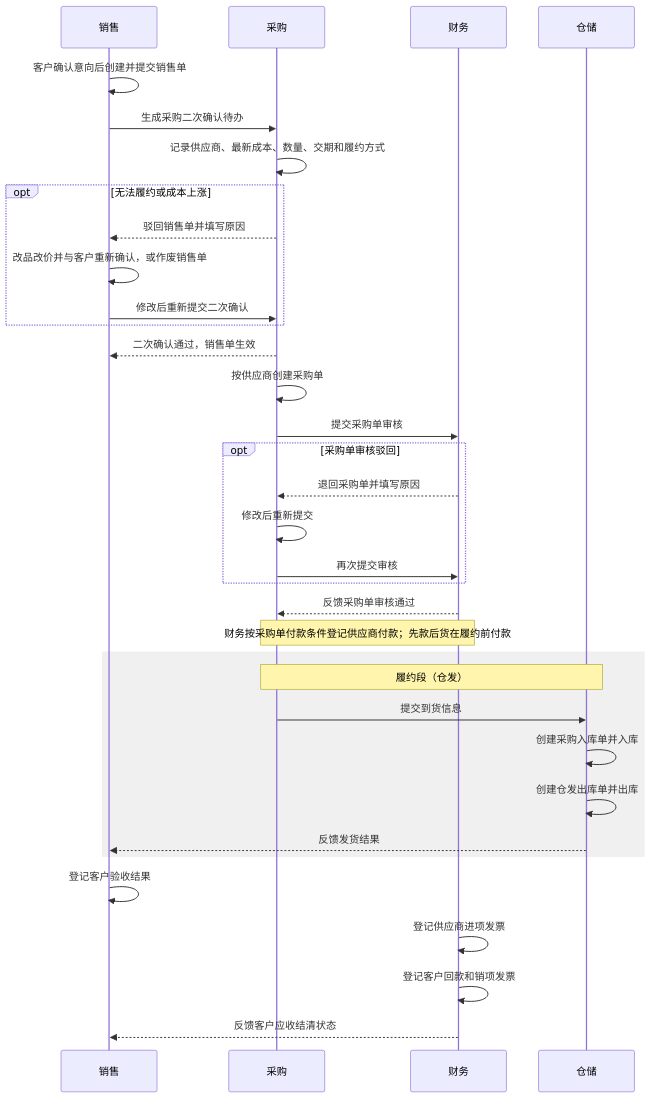
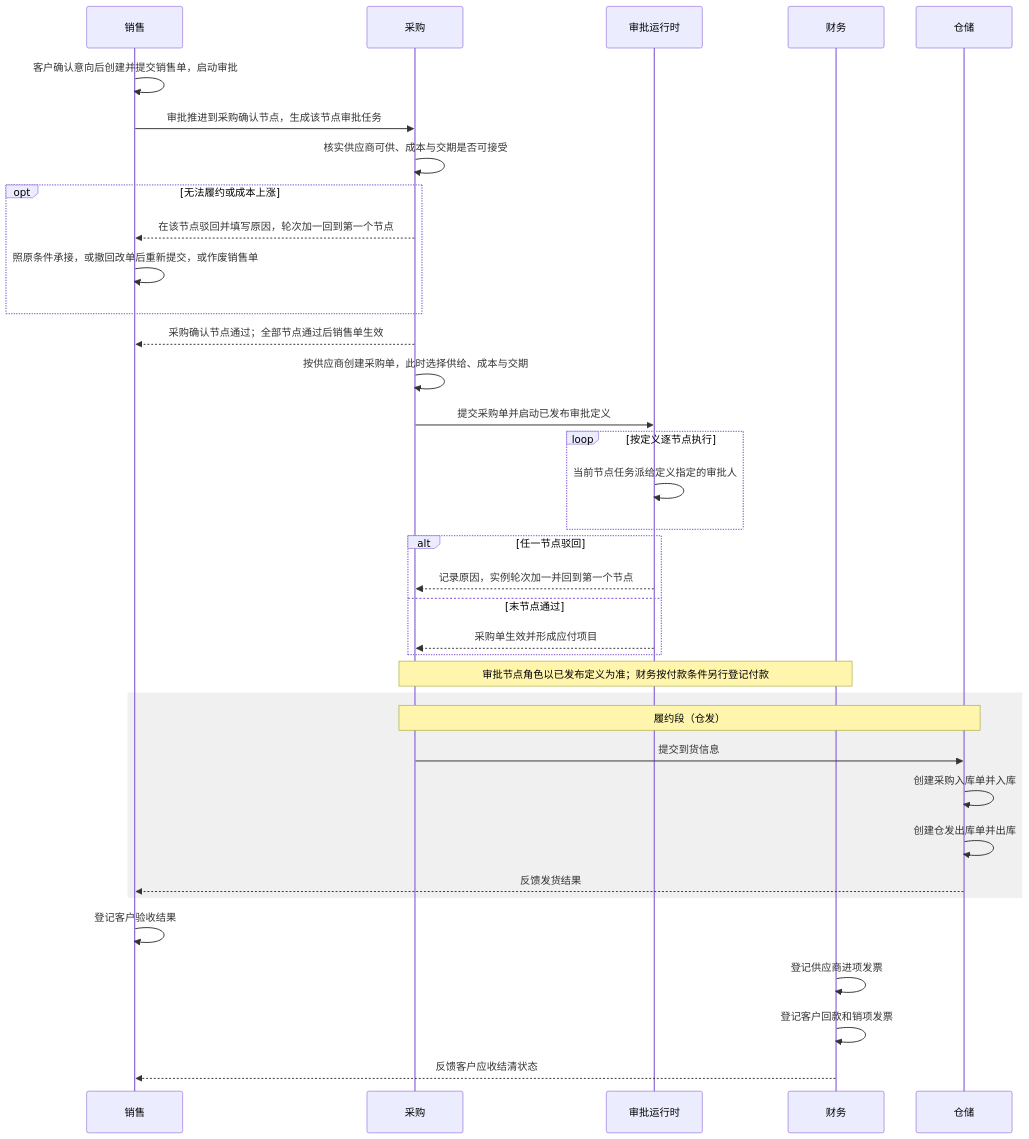
One commit to mztlive/erp changed the eighth of 11 diagrams in docs/erp-phase-1.md. Above: the diagram before and after it, drawn with Mermaid. The commit also changed other lines of this file and 48 other files, not shown here.

````diff
--- a/docs/erp-phase-1.md
+++ b/docs/erp-phase-1.md
@@ -668,39 +688,41 @@
 ```mermaid
 sequenceDiagram
   participant 销售
   participant 采购
+  participant 审批运行时
   participant 财务
   participant 仓储
 
-  销售->>销售: 客户确认意向后创建并提交销售单
-  销售->>采购: 生成采购二次确认待办
-  采购->>采购: 记录供应商、最新成本、数量、交期和履约方式
+  销售->>销售: 客户确认意向后创建并提交销售单，启动审批
+  销售->>采购: 审批推进到采购确认节点，生成该节点审批任务
+  采购->>采购: 核实供应商可供、成本与交期是否可接受
   opt 无法履约或成本上涨
-    采购-->>销售: 驳回销售单并填写原因
-    销售->>销售: 改品改价并与客户重新确认，或作废销售单
-    销售->>采购: 修改后重新提交二次确认
+    采购-->>销售: 在该节点驳回并填写原因，轮次加一回到第一个节点
+    销售->>销售: 照原条件承接，或撤回改单后重新提交，或作废销售单
   end
-  采购-->>销售: 二次确认通过，销售单生效
-  采购->>采购: 按供应商创建采购单
-  采购->>财务: 提交采购单审核
-  opt 采购单审核驳回
-    财务-->>采购: 退回采购单并填写原因
-    采购->>采购: 修改后重新提交
-    采购->>财务: 再次提交审核
+  采购-->>销售: 采购确认节点通过；全部节点通过后销售单生效
+  采购->>采购: 按供应商创建采购单，此时选择供给、成本与交期
+  采购->>审批运行时: 提交采购单并启动已发布审批定义
+  loop 按定义逐节点执行
+    审批运行时->>审批运行时: 当前节点任务派给定义指定的审批人
   end
-  财务-->>采购: 反馈采购单审核通过
-  Note over 采购,财务: 财务按采购单付款条件登记供应商付款；先款后货在履约前付款
+  alt 任一节点驳回
+    审批运行时-->>采购: 记录原因，实例轮次加一并回到第一个节点
+  else 末节点通过
+    审批运行时-->>采购: 采购单生效并形成应付项目
+  end
+  Note over 采购,财务: 审批节点角色以已发布定义为准；财务按付款条件另行登记付款
 
   rect rgb(240, 240, 240)
     Note over 采购,仓储: 履约段（仓发）
     采购->>仓储: 提交到货信息
     仓储->>仓储: 创建采购入库单并入库
     仓储->>仓储: 创建仓发出库单并出库
     仓储-->>销售: 反馈发货结果
   end
 
   销售->>销售: 登记客户验收结果
   财务->>财务: 登记供应商进项发票
   财务->>财务: 登记客户回款和销项发票
   财务-->>销售: 反馈客户应收结清状态
 ```
````
